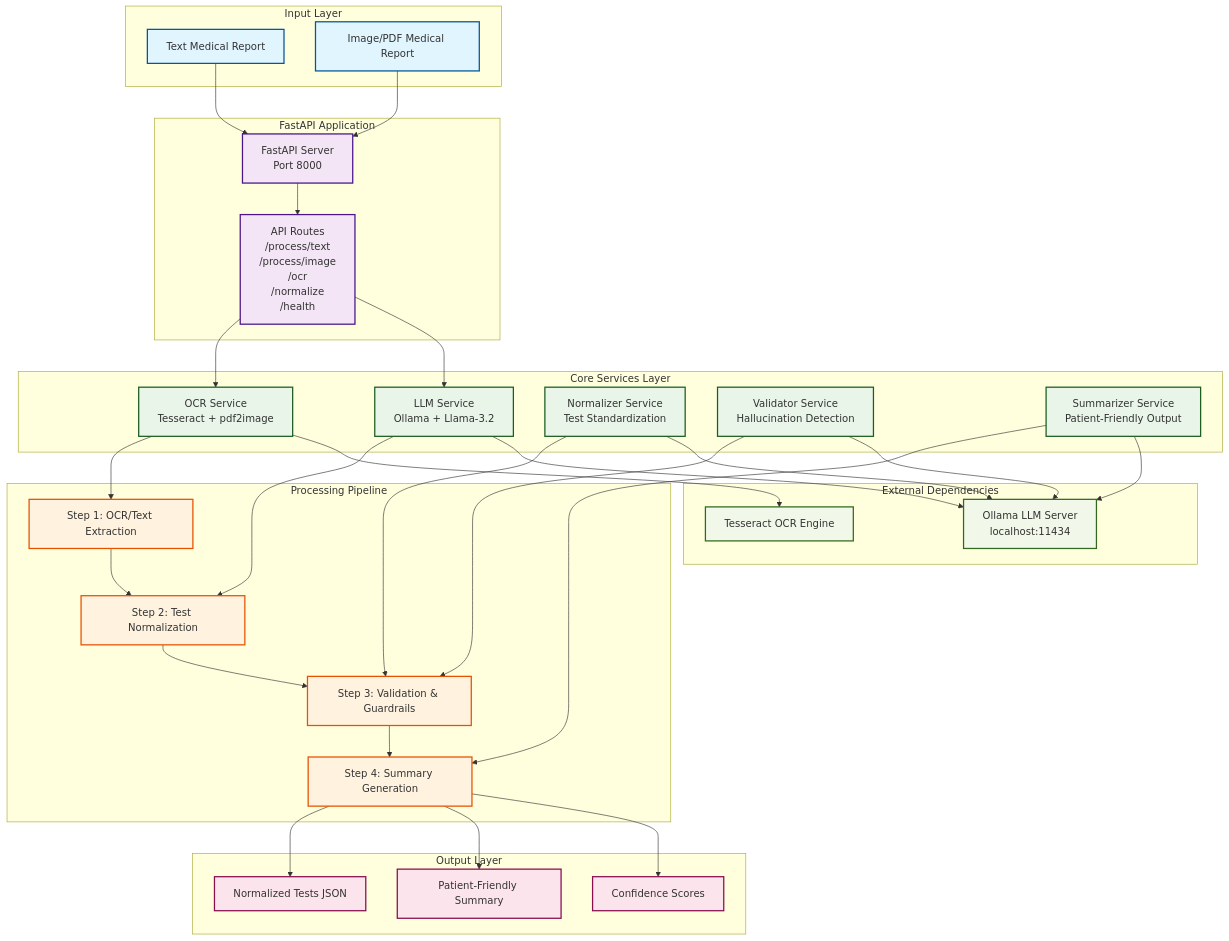
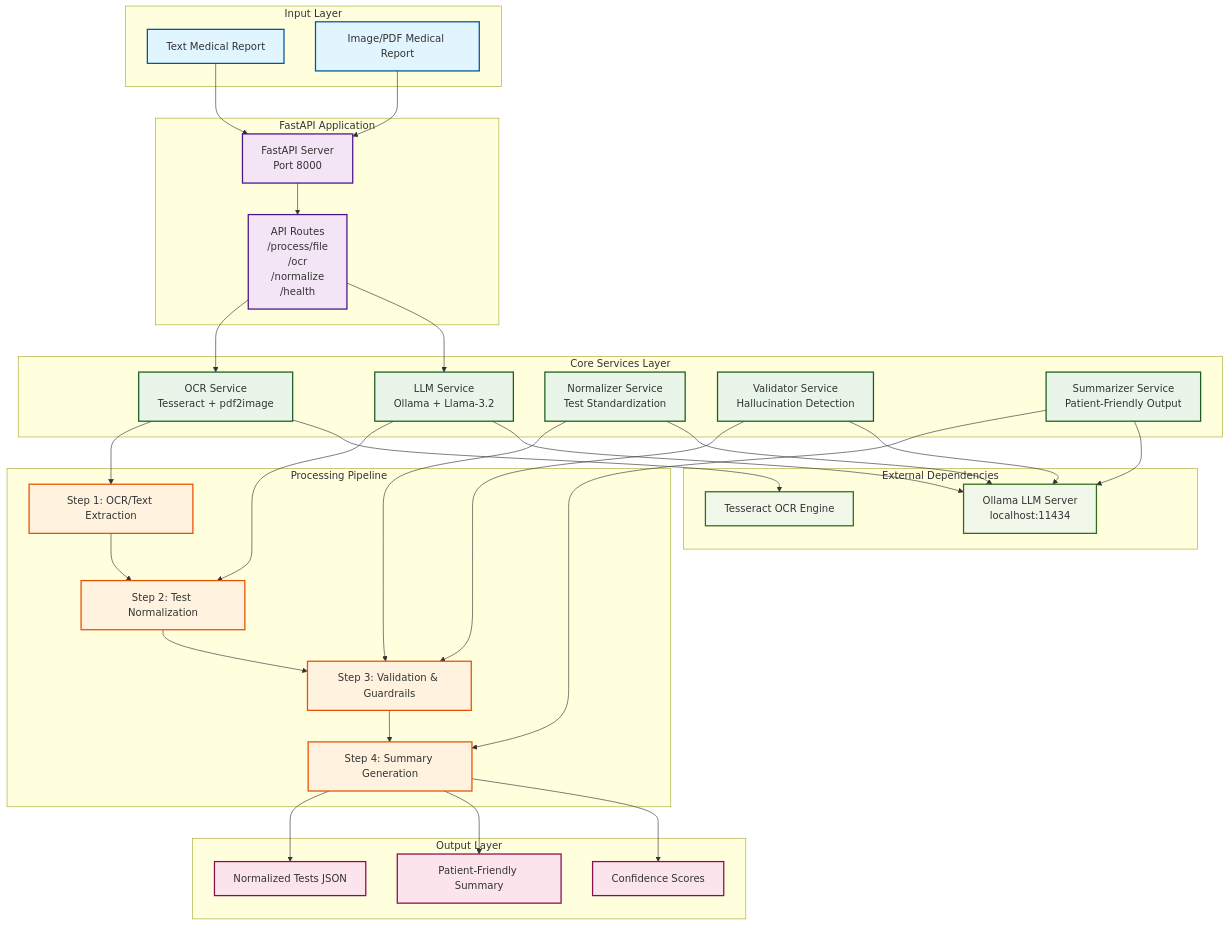
The first of 3 diagrams in ARCHITECTURE.md (Rhishi-04/AI-Powered-Medical-Report-Simplifier), drawn with Mermaid before and after one commit. The commit also changed other lines of this file and 3 other files, not shown here.

First line of the commit message:
Refactor API: Replace separate text/image endpoints with universal /process/file endpoint

```diff
--- a/ARCHITECTURE.md
+++ b/ARCHITECTURE.md
@@ -13,7 +13,7 @@
     %% API Gateway
     subgraph "FastAPI Application"
         C[FastAPI Server<br/>Port 8000]
-        D[API Routes<br/>/process/text<br/>/process/image<br/>/ocr<br/>/normalize<br/>/health]
+        D[API Routes<br/>/process/file<br/>/ocr<br/>/normalize<br/>/health]
     end
     
     %% Core Services
```
